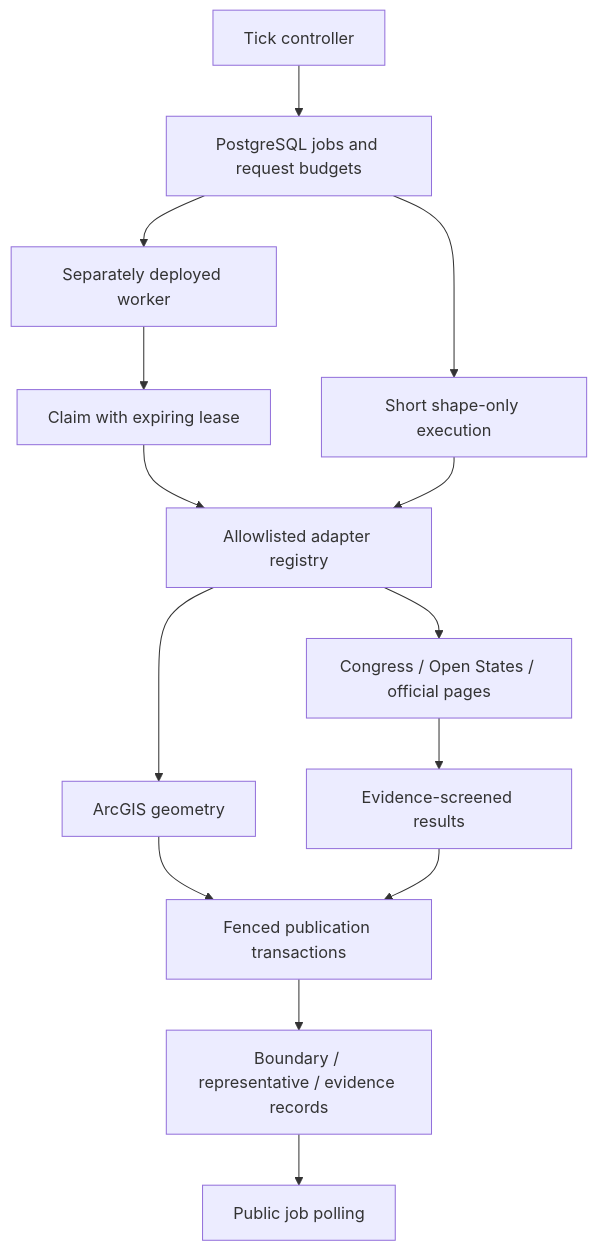
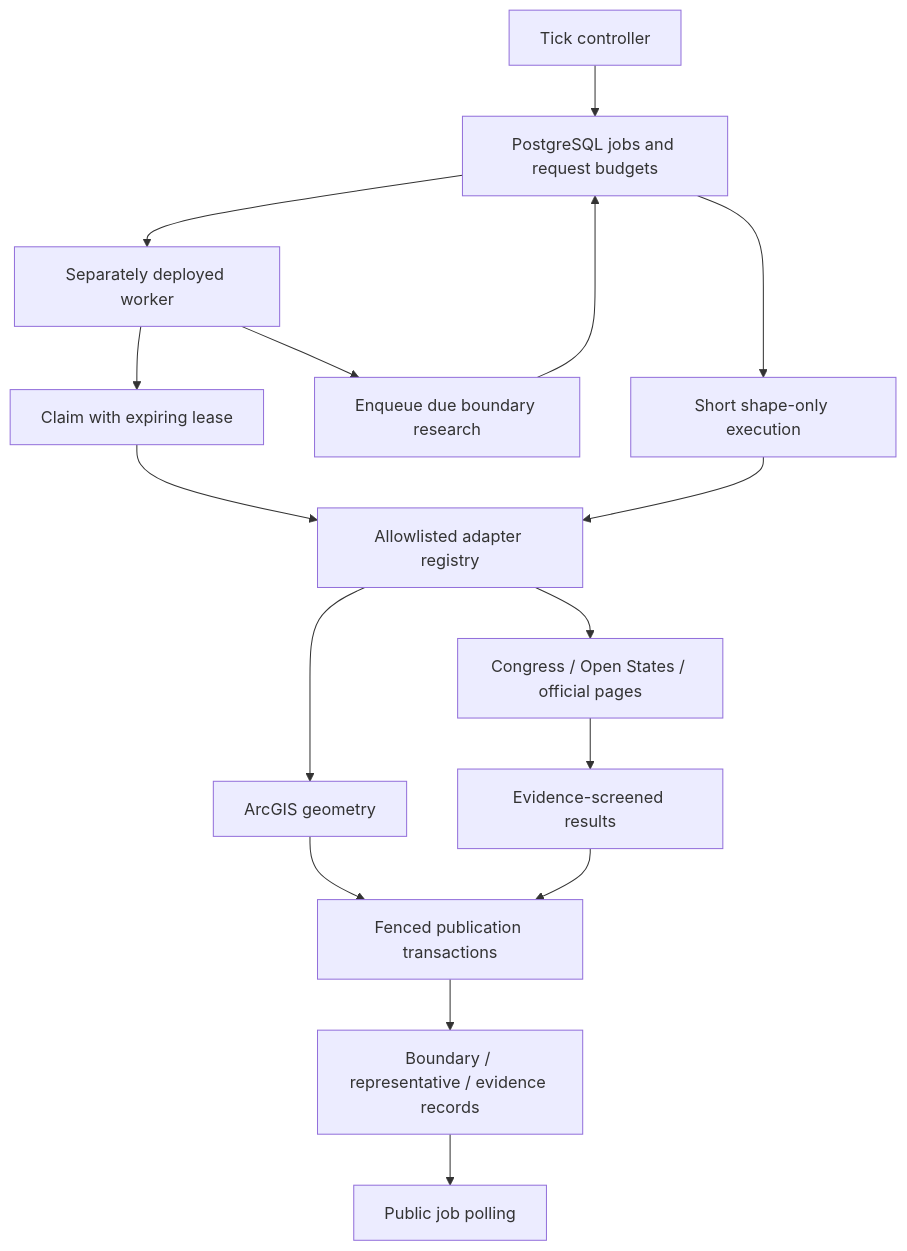
Before and after one commit to DallasUrbanists/cloud-api-server: the diagram in docs/boundary-synchronization.md, drawn with Mermaid. The commit also changed other lines of this file and 20 other files, not shown here.

Commit message:
feat: add automatic boundary research and playground location search

````diff
--- a/docs/boundary-synchronization.md
+++ b/docs/boundary-synchronization.md
@@ -11,16 +11,18 @@
 ```mermaid
 flowchart TD
     Tick[Tick controller] --> Queue[PostgreSQL jobs and request budgets]
     Queue --> Short[Short shape-only execution]
     Queue --> Worker[Separately deployed worker]
+    Worker --> Discovery[Enqueue due boundary research]
+    Discovery --> Queue
     Worker --> Lease[Claim with expiring lease]
     Lease --> Adapters[Allowlisted adapter registry]
     Short --> Adapters
     Adapters --> GIS[ArcGIS geometry]
     Adapters --> Research[Congress / Open States / official pages]
     Research --> Evidence[Evidence-screened results]
     GIS --> Fence[Fenced publication transactions]
     Evidence --> Fence
     Fence --> Stored[Boundary / representative / evidence records]
     Stored --> Poll[Public job polling]
 ```
````
